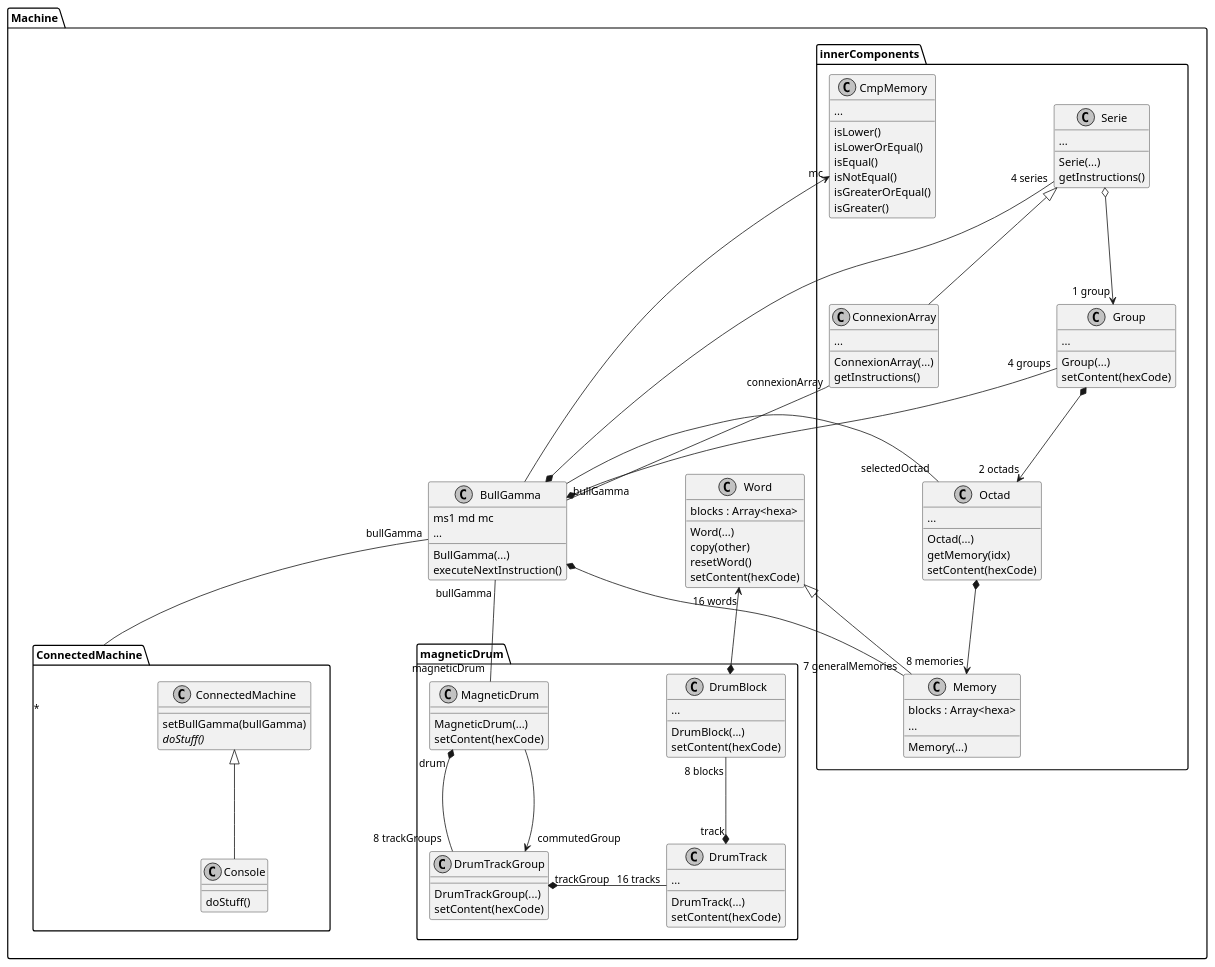
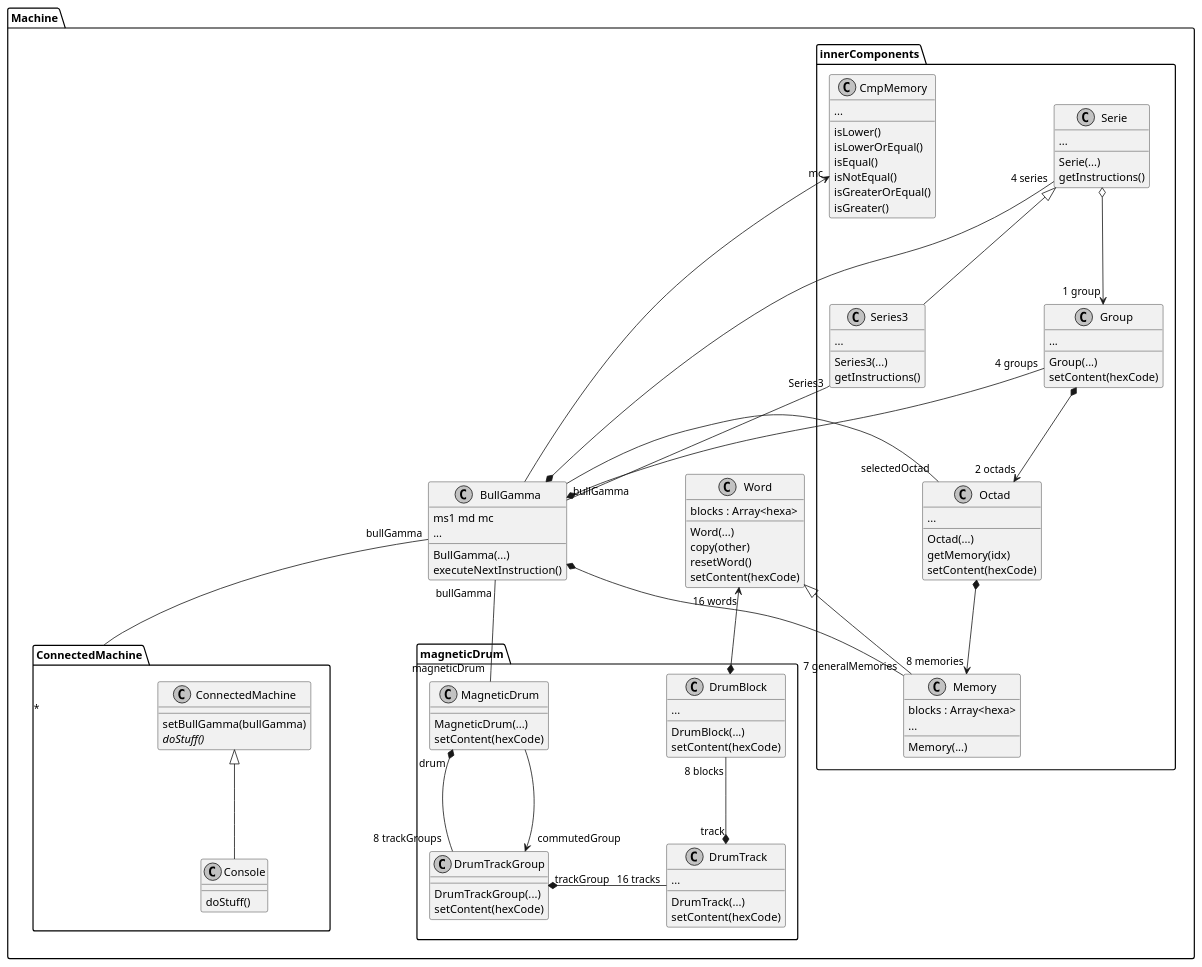
Before and after one commit to lutrampal/bullgammator: the diagram in design/simplifiéMachine.puml, drawn with PlantUML. The commit also changed 75 other files, not shown here.

```diff
--- a/design/simplifiéMachine.puml
+++ b/design/simplifiéMachine.puml
@@ -1,127 +1,127 @@
 @startuml
 skinparam monochrome true
 skinparam classAttributeIconSize 0
 skinparam ranksep 110
 skinparam nodesep 150
 
 package Machine {
 
   class BullGamma {
     ms1 md mc
     ...
     BullGamma(...)
 		executeNextInstruction()
   }
 
   class Word {
     blocks : Array<hexa>
     Word(...)
     copy(other)
     resetWord()
     setContent(hexCode)
   }
 
   package innerComponents {
     class Serie {
       ...
       Serie(...)
       getInstructions()
     }
 
-    class ConnexionArray {
+    class Series3 {
       ...
-      ConnexionArray(...)
+      Series3(...)
       getInstructions()
     }
 
     class Group {
       ...
       Group(...)
       setContent(hexCode)
     }
 
     class Octad {
       ...
       Octad(...)
       getMemory(idx)
       setContent(hexCode)
     }
 
     class Memory {
       blocks : Array<hexa>
       ...
       Memory(...)
     }
   	Word <|-- Memory
 
     class CmpMemory {
       ...
       isLower()
       isLowerOrEqual()
       isEqual()
       isNotEqual()
       isGreaterOrEqual()
       isGreater()
     }
   }
 
   package ConnectedMachine {
   	class ConnectedMachine {
   		setBullGamma(bullGamma)
   		{abstract} doStuff()
   	}
 
   	class Console {
   		doStuff()
   	}
   	ConnectedMachine <|-- Console
   }
 
   package magneticDrum {
     class MagneticDrum {
       MagneticDrum(...)
       setContent(hexCode)
     }
 
     class DrumTrackGroup {
       DrumTrackGroup(...)
       setContent(hexCode)
     }
 
     MagneticDrum "drum" *-- "8 trackGroups" DrumTrackGroup
     MagneticDrum --> "commutedGroup" DrumTrackGroup
 
     class DrumTrack {
       ...
       DrumTrack(...)
       setContent(hexCode)
     }
 
     DrumTrackGroup "trackGroup" *- "16 tracks" DrumTrack
 
     class DrumBlock {
       ...
       DrumBlock(...)
       setContent(hexCode)
     }
   }
 
     Serie o--> "1 group" Group
-    Serie <|-- ConnexionArray
+    Serie <|-- Series3
 
     DrumBlock "8 blocks" --* "track" DrumTrack
     Word "16 words" <--* DrumBlock
 
     BullGamma "bullGamma" -- "magneticDrum" MagneticDrum
     BullGamma "bullGamma" -- "*" ConnectedMachine
     Octad *--> "8 memories" Memory
     BullGamma *-- "7 generalMemories" Memory
     BullGamma --> "mc" CmpMemory
     BullGamma - "selectedOctad" Octad
     Serie "4 series" --*  BullGamma
     Group "4 groups" --*  BullGamma
-    ConnexionArray "connexionArray" -- "bullGamma" BullGamma
+    Series3 "Series3" -- "bullGamma" BullGamma
     Group *--> "2 octads" Octad
 
 }
 @endDC
```
